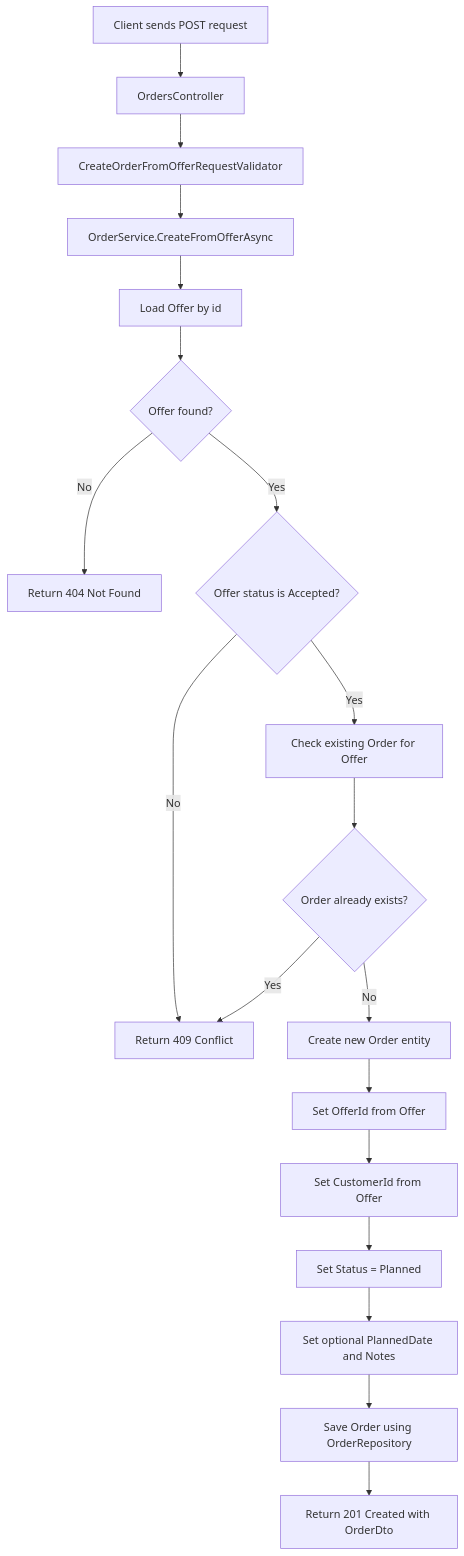
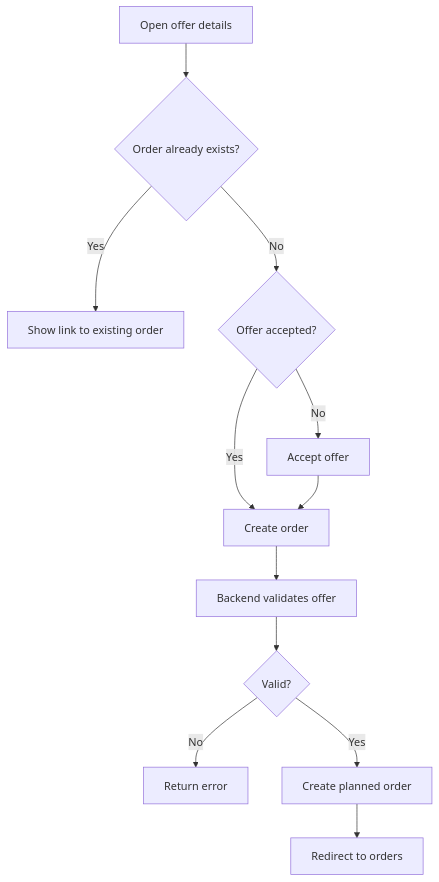
One commit to aaronddecker/gartenzwerge-offer-management changed the diagram in docs/business-processes/create-order-from-offer-flow.md. Above: the diagram before and after it, drawn with Mermaid. The commit also changed other lines of this file and 24 other files, not shown here.

First line of the commit message:
feat: add offer acceptance and order conversion UI (#15)

````diff
--- a/docs/business-processes/create-order-from-offer-flow.md
+++ b/docs/business-processes/create-order-from-offer-flow.md
@@ -82,26 +35,14 @@
 ```mermaid
 flowchart TD
-    A[Client sends POST request] --> B[OrdersController]
-    B --> C[CreateOrderFromOfferRequestValidator]
-    C --> D[OrderService.CreateFromOfferAsync]
-
-    D --> E[Load Offer by id]
-    E --> F{Offer found?}
-
-    F -->|No| G[Return 404 Not Found]
-    F -->|Yes| H{Offer status is Accepted?}
-
-    H -->|No| I[Return 409 Conflict]
-    H -->|Yes| J[Check existing Order for Offer]
-
-    J --> K{Order already exists?}
-    K -->|Yes| I
-    K -->|No| L[Create new Order entity]
-
-    L --> M[Set OfferId from Offer]
-    M --> N[Set CustomerId from Offer]
-    N --> O[Set Status = Planned]
-    O --> P[Set optional PlannedDate and Notes]
-    P --> Q[Save Order using OrderRepository]
-    Q --> R[Return 201 Created with OrderDto]
+    A[Open offer details] --> B{Order already exists?}
+    B -->|Yes| C[Show link to existing order]
+    B -->|No| D{Offer accepted?}
+    D -->|No| E[Accept offer]
+    D -->|Yes| F[Create order]
+    E --> F
+    F --> G[Backend validates offer]
+    G --> H{Valid?}
+    H -->|No| I[Return error]
+    H -->|Yes| J[Create planned order]
+    J --> K[Redirect to orders]
 ```
````
